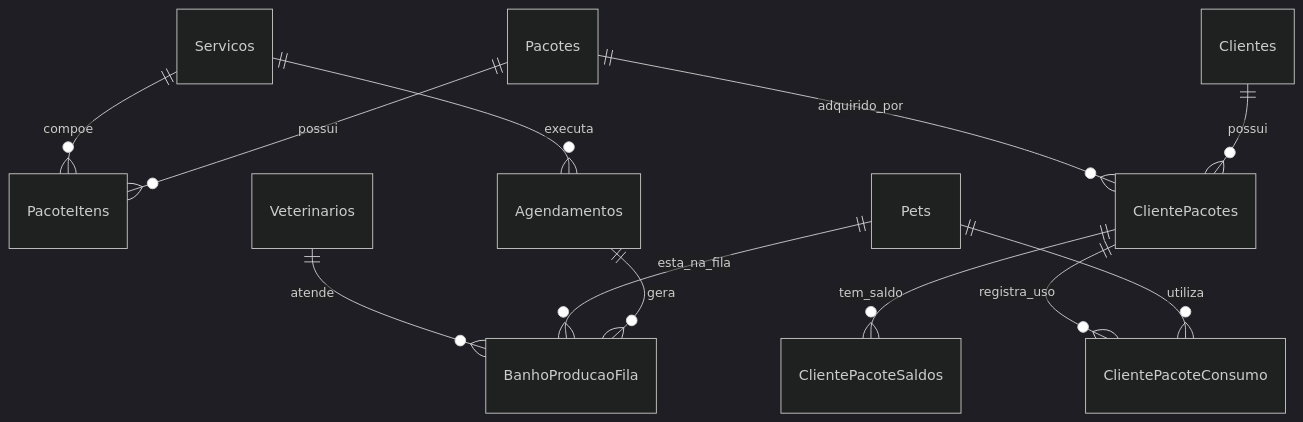
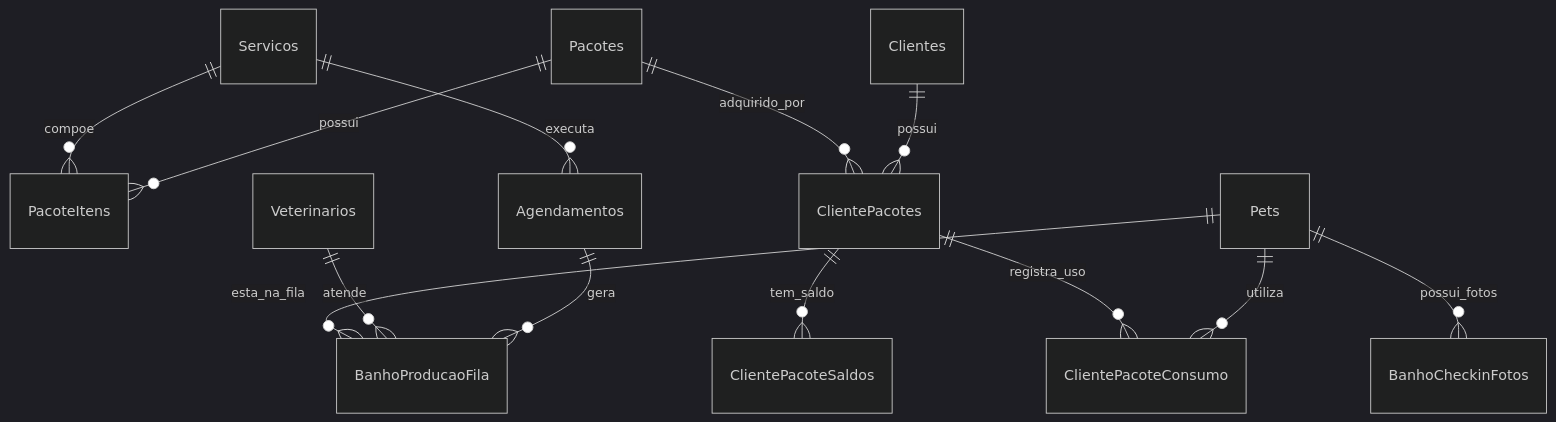
Before and after one commit to davinunes/dinovatech: the diagram in .agents/planos_e_workflows/planos/2026-08-17_modulo_banho_tosa.md, drawn with Mermaid (dark theme). The commit also changed other lines of this file and 1 other file, not shown here.

````diff
--- a/.agents/planos_e_workflows/planos/2026-08-17_modulo_banho_tosa.md
+++ b/.agents/planos_e_workflows/planos/2026-08-17_modulo_banho_tosa.md
@@ -22,14 +26,15 @@
 ```mermaid
 erDiagram
     Servicos ||--o{ PacoteItens : "compoe"
     Servicos ||--o{ Agendamentos : "executa"
     Pacotes ||--o{ PacoteItens : "possui"
     Pacotes ||--o{ ClientePacotes : "adquirido_por"
     Clientes ||--o{ ClientePacotes : "possui"
     ClientePacotes ||--o{ ClientePacoteSaldos : "tem_saldo"
     ClientePacotes ||--o{ ClientePacoteConsumo : "registra_uso"
     Pets ||--o{ ClientePacoteConsumo : "utiliza"
+    Pets ||--o{ BanhoProducaoFila : "esta_na_fila"
+    Pets ||--o{ BanhoCheckinFotos : "possui_fotos"
     Veterinarios ||--o{ BanhoProducaoFila : "atende"
-    Pets ||--o{ BanhoProducaoFila : "esta_na_fila"
     Agendamentos ||--o{ BanhoProducaoFila : "gera"
 ```
````
